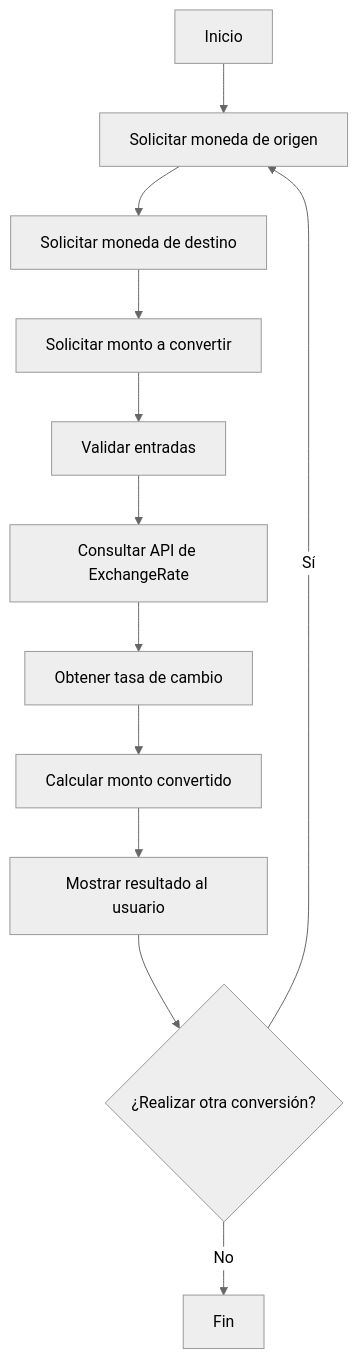
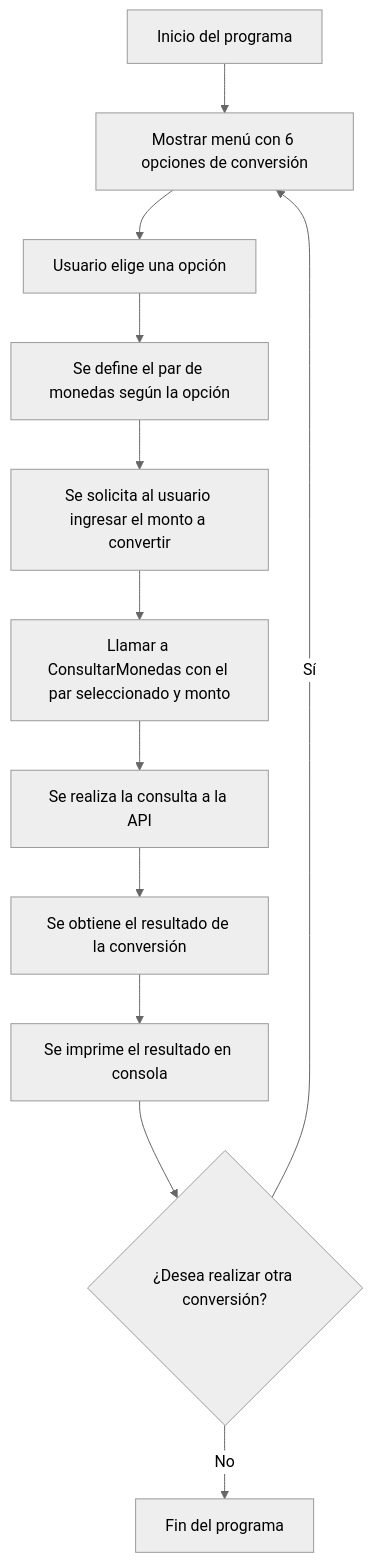
The diagram in README.md (ElianaMendez/Conversor-De-Monedas), drawn with Mermaid (neutral theme) before and after one commit. The commit also changed other lines of this file, not shown here.

````diff
--- a/README.md
+++ b/README.md
@@ -52,14 +45,14 @@
 ```mermaid
 flowchart TD
-    A[Inicio] --> B[Solicitar moneda de origen]
-    B --> C[Solicitar moneda de destino]
-    C --> D[Solicitar monto a convertir]
-    D --> E[Validar entradas]
-    E --> F[Consultar API de ExchangeRate]
-    F --> G[Obtener tasa de cambio]
-    G --> H[Calcular monto convertido]
-    H --> I[Mostrar resultado al usuario]
-    I --> J{¿Realizar otra conversión?}
+    A[Inicio del programa] --> B[Mostrar menú con 6 opciones de conversión]
+    B --> C[Usuario elige una opción]
+    C --> D[Se define el par de monedas según la opción]
+    D --> E[Se solicita al usuario ingresar el monto a convertir]
+    E --> F[Llamar a ConsultarMonedas con el par seleccionado y monto]
+    F --> G[Se realiza la consulta a la API]
+    G --> H[Se obtiene el resultado de la conversión]
+    H --> I[Se imprime el resultado en consola]
+    I --> J{¿Desea realizar otra conversión?}
     J -- Sí --> B
-    J -- No --> K[Fin]
+    J -- No --> K[Fin del programa]
 ```
````
